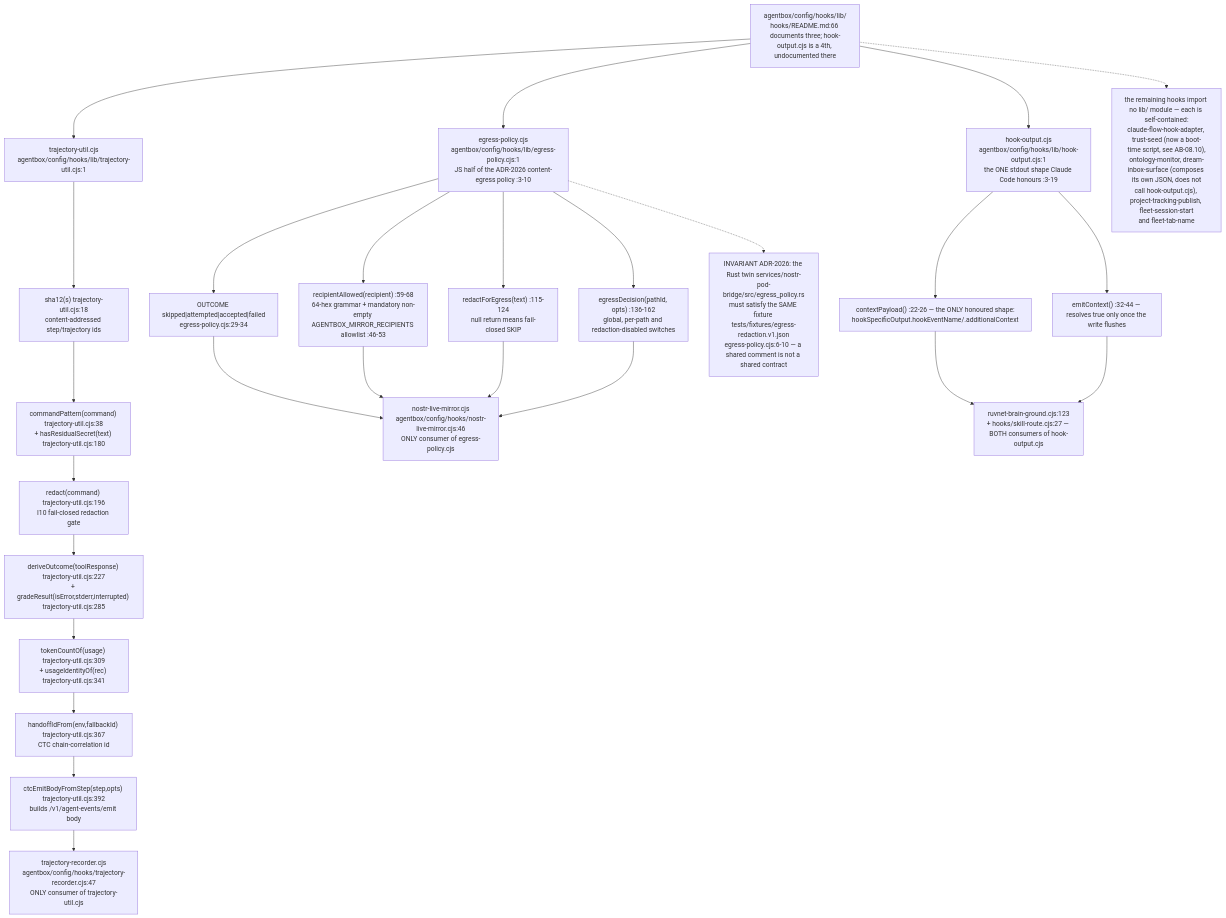
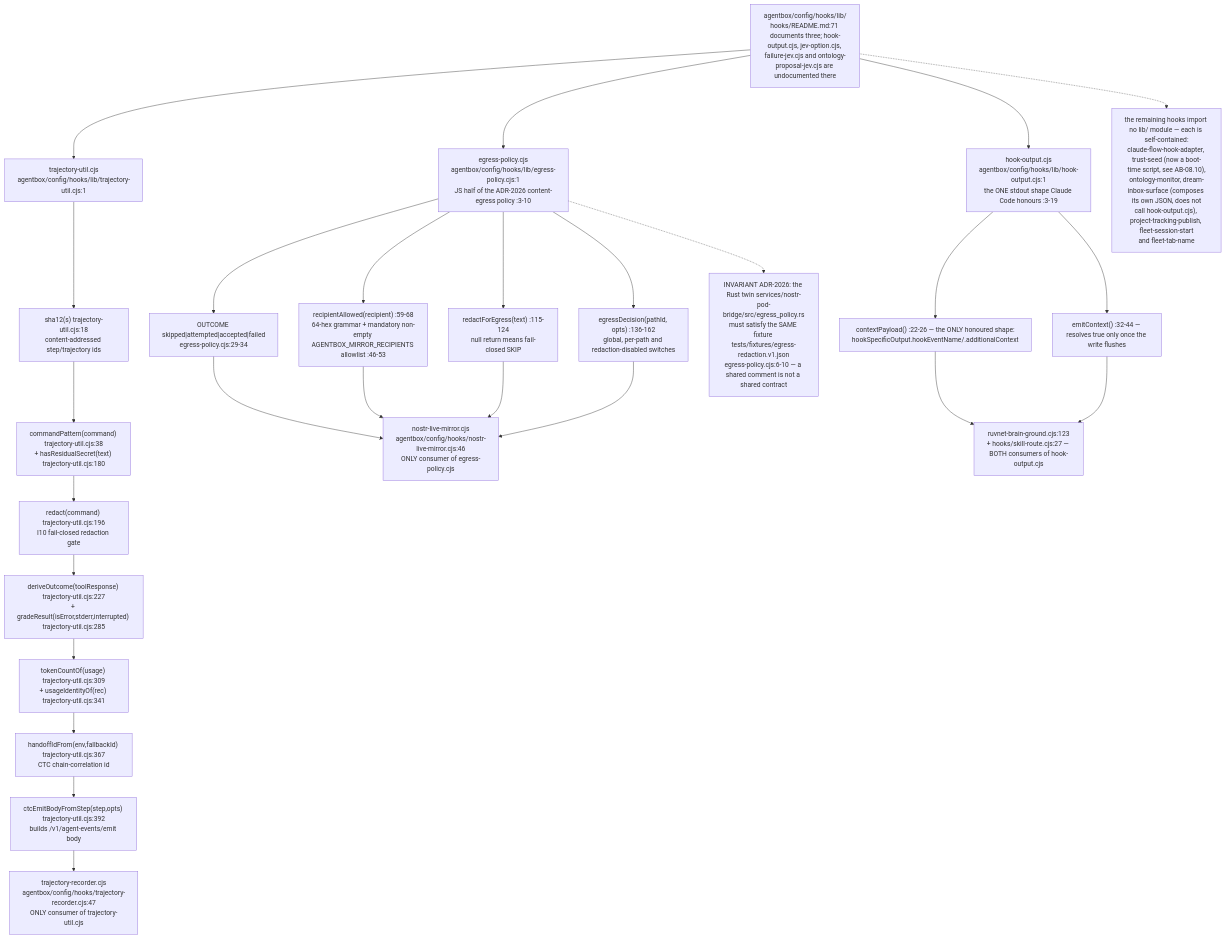
One commit to DreamLab-AI/VisionFlow changed diagram 11 of 13 in docs/diagrams/agentbox/08-hooks-pipeline.md. Above: the diagram before and after it, drawn with Mermaid. The commit also changed other lines of this file and 160 other files, not shown here.

````diff
--- a/docs/diagrams/agentbox/08-hooks-pipeline.md
+++ b/docs/diagrams/agentbox/08-hooks-pipeline.md
@@ -469,36 +489,36 @@
 ```mermaid
 flowchart TD
-    LIBDIR["agentbox/config/hooks/lib/<br/>hooks/README.md:66 documents three; hook-output.cjs is a 4th, undocumented there"]
+    LIBDIR["agentbox/config/hooks/lib/<br/>hooks/README.md:71 documents three; hook-output.cjs, jev-option.cjs, failure-jev.cjs and ontology-proposal-jev.cjs are undocumented there"]
     UT["trajectory-util.cjs<br/>agentbox/config/hooks/lib/trajectory-util.cjs:1"]
     EG["egress-policy.cjs<br/>agentbox/config/hooks/lib/egress-policy.cjs:1<br/>JS half of the ADR-2026 content-egress policy :3-10"]
     HO["hook-output.cjs<br/>agentbox/config/hooks/lib/hook-output.cjs:1<br/>the ONE stdout shape Claude Code honours :3-19"]
     LIBDIR --> UT
     LIBDIR --> EG
     LIBDIR --> HO
     F1["sha12#40;s#41; trajectory-util.cjs:18<br/>content-addressed step/trajectory ids"]
     F2["commandPattern#40;command#41; trajectory-util.cjs:38<br/>+ hasResidualSecret#40;text#41; trajectory-util.cjs:180"]
     F3["redact#40;command#41; trajectory-util.cjs:196<br/>I10 fail-closed redaction gate"]
     F4["deriveOutcome#40;toolResponse#41; trajectory-util.cjs:227<br/>+ gradeResult#40;isError,stderr,interrupted#41; trajectory-util.cjs:285"]
     F5["tokenCountOf#40;usage#41; trajectory-util.cjs:309<br/>+ usageIdentityOf#40;rec#41; trajectory-util.cjs:341"]
     F6["handoffIdFrom#40;env,fallbackId#41; trajectory-util.cjs:367<br/>CTC chain-correlation id"]
     F7["ctcEmitBodyFromStep#40;step,opts#41; trajectory-util.cjs:392<br/>builds /v1/agent-events/emit body"]
     UT --> F1 --> F2 --> F3 --> F4 --> F5 --> F6 --> F7
     G1["OUTCOME skipped#124;attempted#124;accepted#124;failed<br/>egress-policy.cjs:29-34"]
     G2["recipientAllowed#40;recipient#41; :59-68<br/>64-hex grammar #43; mandatory non-empty AGENTBOX_MIRROR_RECIPIENTS allowlist :46-53"]
     G3["redactForEgress#40;text#41; :115-124<br/>null return means fail-closed SKIP"]
     G4["egressDecision#40;pathId, opts#41; :136-162<br/>global, per-path and redaction-disabled switches"]
     EG --> G1 & G2 & G3 & G4
     H1["contextPayload#40;#41; :22-26 — the ONLY honoured shape:<br/>hookSpecificOutput.hookEventName/.additionalContext"]
     H2["emitContext#40;#41; :32-44 — resolves true only once the write flushes"]
     HO --> H1 & H2
     TR["trajectory-recorder.cjs<br/>agentbox/config/hooks/trajectory-recorder.cjs:47<br/>ONLY consumer of trajectory-util.cjs"]
     NM["nostr-live-mirror.cjs<br/>agentbox/config/hooks/nostr-live-mirror.cjs:46<br/>ONLY consumer of egress-policy.cjs"]
     RBG["ruvnet-brain-ground.cjs:123<br/>+ hooks/skill-route.cjs:27 — BOTH consumers of hook-output.cjs"]
     F7 --> TR
     G1 & G2 & G3 & G4 --> NM
     H1 & H2 --> RBG
     PAIR["INVARIANT ADR-2026: the Rust twin services/nostr-pod-bridge/src/egress_policy.rs<br/>must satisfy the SAME fixture tests/fixtures/egress-redaction.v1.json<br/>egress-policy.cjs:6-10 — a shared comment is not a shared contract"]
     EG -.-> PAIR
     OTHER["the remaining hooks import no lib/ module — each is self-contained:<br/>claude-flow-hook-adapter, trust-seed #40;now a boot-time script, see AB-08.10#41;,<br/>ontology-monitor, dream-inbox-surface #40;composes its own JSON, does not<br/>call hook-output.cjs#41;, project-tracking-publish, fleet-session-start<br/>and fleet-tab-name"]
     LIBDIR -.-> OTHER
 ```
````
